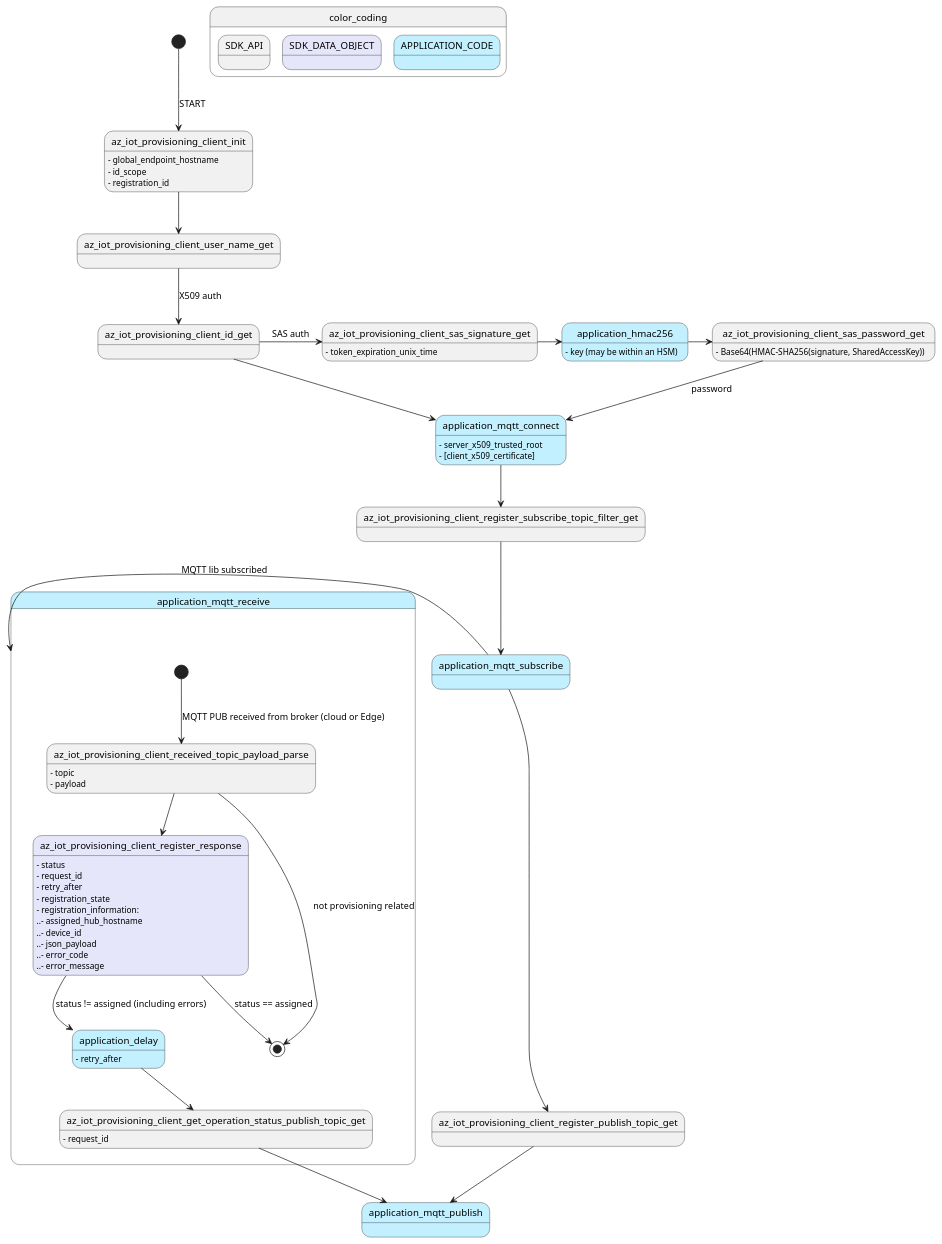
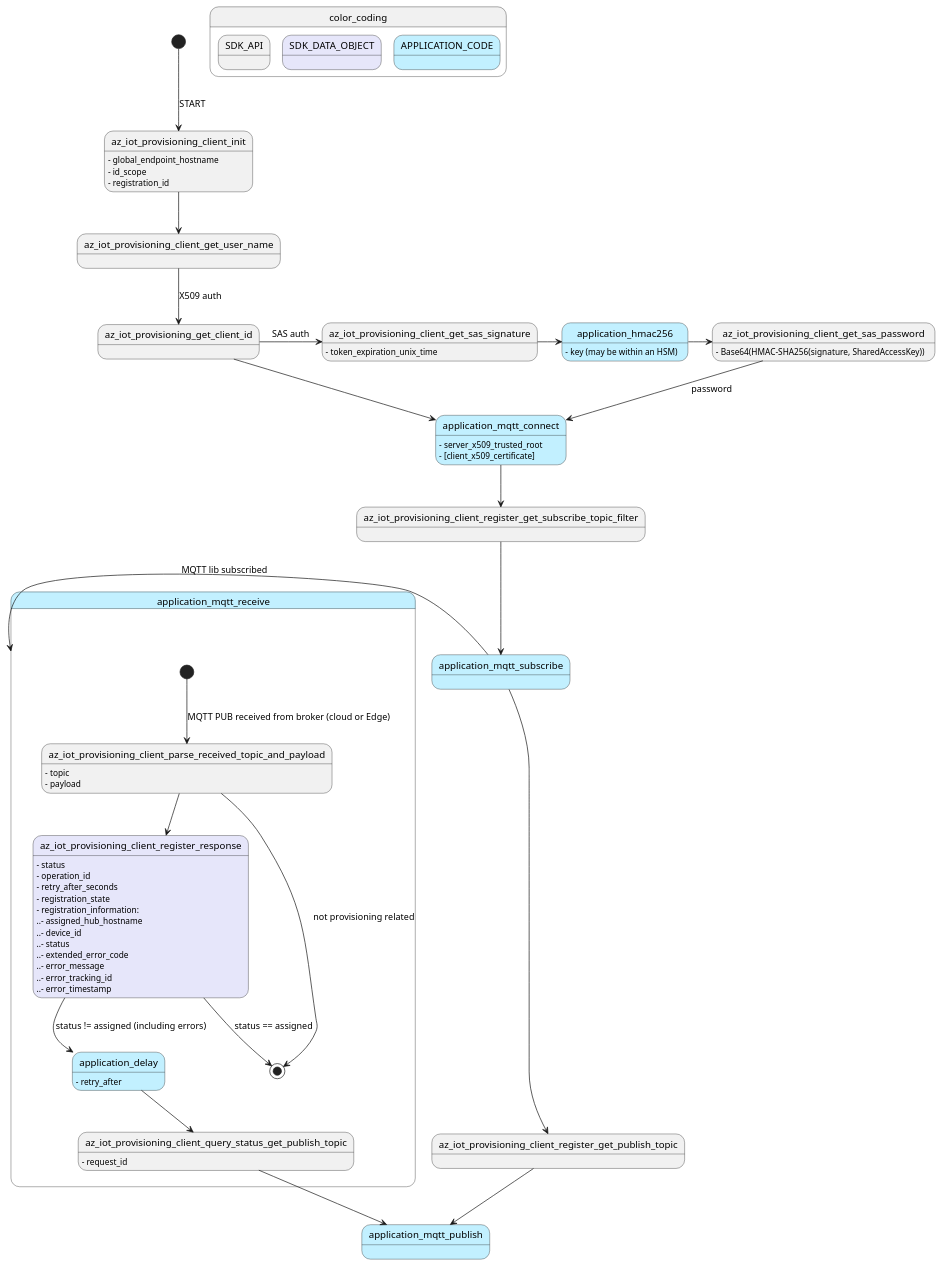
One commit to Azure/azure-sdk-for-c changed the diagram in sdk/iot/doc/resources/iot_provisioning_flow.puml. Above: the diagram before and after it, drawn with PlantUML. The commit also changed 12 other files, not shown here.

Commit message:
Process incoming DPS messages. Removing json_payload. Adding provisioning time errors.

```diff
--- a/sdk/iot/doc/resources/iot_provisioning_flow.puml
+++ b/sdk/iot/doc/resources/iot_provisioning_flow.puml
@@ -1,85 +1,87 @@
 @startuml
 
 skinparam state {
     BackgroundColor<<APP>> APPLICATION
     BackgroundColor<<STRUCT>> Lavender
 }
 
 state color_coding {
     state SDK_API
     state SDK_DATA_OBJECT <<STRUCT>>
     state APPLICATION_CODE <<APP>>
 }
 
 ' Init
 [*] --> az_iot_provisioning_client_init: START
-az_iot_provisioning_client_init --> az_iot_provisioning_client_user_name_get
-az_iot_provisioning_client_user_name_get --> az_iot_provisioning_client_id_get : X509 auth
+az_iot_provisioning_client_init --> az_iot_provisioning_client_get_user_name
+az_iot_provisioning_client_get_user_name --> az_iot_provisioning_get_client_id : X509 auth
 state application_mqtt_connect <<APP>>
-az_iot_provisioning_client_id_get --> application_mqtt_connect
+az_iot_provisioning_get_client_id --> application_mqtt_connect
 
 ' Optional SAS token generation:
-az_iot_provisioning_client_id_get -> az_iot_provisioning_client_sas_signature_get : SAS auth
-az_iot_provisioning_client_sas_signature_get -> application_hmac256
-application_hmac256 -> az_iot_provisioning_client_sas_password_get
-az_iot_provisioning_client_sas_password_get --> application_mqtt_connect : password
+az_iot_provisioning_get_client_id -> az_iot_provisioning_client_get_sas_signature : SAS auth
+az_iot_provisioning_client_get_sas_signature -> application_hmac256
+application_hmac256 -> az_iot_provisioning_client_get_sas_password
+az_iot_provisioning_client_get_sas_password --> application_mqtt_connect : password
 state application_hmac256 <<APP>>
 
 ' Subscribe
-application_mqtt_connect --> az_iot_provisioning_client_register_subscribe_topic_filter_get
-az_iot_provisioning_client_register_subscribe_topic_filter_get --> application_mqtt_subscribe
+application_mqtt_connect --> az_iot_provisioning_client_register_get_subscribe_topic_filter
+az_iot_provisioning_client_register_get_subscribe_topic_filter --> application_mqtt_subscribe
 state application_mqtt_subscribe <<APP>>
 application_mqtt_subscribe -> application_mqtt_receive : MQTT lib subscribed
 
 ' Register
-application_mqtt_subscribe --> az_iot_provisioning_client_register_publish_topic_get
-az_iot_provisioning_client_register_publish_topic_get --> application_mqtt_publish
+application_mqtt_subscribe --> az_iot_provisioning_client_register_get_publish_topic
+az_iot_provisioning_client_register_get_publish_topic --> application_mqtt_publish
 state application_mqtt_publish <<APP>>
 
 state application_mqtt_receive <<APP>> { 
 ' MQTT PUB received
-    [*] --> az_iot_provisioning_client_received_topic_payload_parse: MQTT PUB received from broker (cloud or Edge)
-    az_iot_provisioning_client_received_topic_payload_parse --> az_iot_provisioning_client_register_response
-    az_iot_provisioning_client_received_topic_payload_parse --> [*] : not provisioning related
+    [*] --> az_iot_provisioning_client_parse_received_topic_and_payload: MQTT PUB received from broker (cloud or Edge)
+    az_iot_provisioning_client_parse_received_topic_and_payload --> az_iot_provisioning_client_register_response
+    az_iot_provisioning_client_parse_received_topic_and_payload --> [*] : not provisioning related
 
     az_iot_provisioning_client_register_response --> [*] : status == assigned
     az_iot_provisioning_client_register_response --> application_delay : status != assigned (including errors)
     state application_delay <<APP>>
-    application_delay --> az_iot_provisioning_client_get_operation_status_publish_topic_get
-    az_iot_provisioning_client_get_operation_status_publish_topic_get --> application_mqtt_publish
+    application_delay --> az_iot_provisioning_client_query_status_get_publish_topic
+    az_iot_provisioning_client_query_status_get_publish_topic --> application_mqtt_publish
 }
 
 ' Provisioning client:
 az_iot_provisioning_client_init : - global_endpoint_hostname
 az_iot_provisioning_client_init : - id_scope
 az_iot_provisioning_client_init : - registration_id
 
 ' SAS Tokens
-az_iot_provisioning_client_sas_signature_get : - token_expiration_unix_time
+az_iot_provisioning_client_get_sas_signature : - token_expiration_unix_time
 
-az_iot_provisioning_client_received_topic_payload_parse : - topic
-az_iot_provisioning_client_received_topic_payload_parse : - payload
+az_iot_provisioning_client_parse_received_topic_and_payload : - topic
+az_iot_provisioning_client_parse_received_topic_and_payload : - payload
 
 state az_iot_provisioning_client_register_response <<STRUCT>>
 az_iot_provisioning_client_register_response : - status
-az_iot_provisioning_client_register_response : - request_id
-az_iot_provisioning_client_register_response : - retry_after
+az_iot_provisioning_client_register_response : - operation_id
+az_iot_provisioning_client_register_response : - retry_after_seconds
 az_iot_provisioning_client_register_response : - registration_state
 az_iot_provisioning_client_register_response : - registration_information:
 az_iot_provisioning_client_register_response : ..- assigned_hub_hostname
 az_iot_provisioning_client_register_response : ..- device_id
-az_iot_provisioning_client_register_response : ..- json_payload
-az_iot_provisioning_client_register_response : ..- error_code
+az_iot_provisioning_client_register_response : ..- status
+az_iot_provisioning_client_register_response : ..- extended_error_code
 az_iot_provisioning_client_register_response : ..- error_message
+az_iot_provisioning_client_register_response : ..- error_tracking_id
+az_iot_provisioning_client_register_response : ..- error_timestamp
 
-az_iot_provisioning_client_sas_password_get: - Base64(HMAC-SHA256(signature, SharedAccessKey))
+az_iot_provisioning_client_get_sas_password: - Base64(HMAC-SHA256(signature, SharedAccessKey))
 
-az_iot_provisioning_client_get_operation_status_publish_topic_get : - request_id
+az_iot_provisioning_client_query_status_get_publish_topic : - request_id
 
 ' Application interfaces
 application_mqtt_connect : - server_x509_trusted_root
 application_mqtt_connect : - [client_x509_certificate]
 application_delay : - retry_after
 application_hmac256 : - key (may be within an HSM)
 
 @enduml
```
